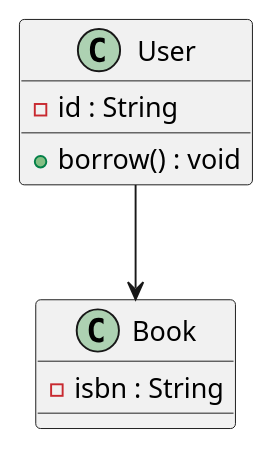
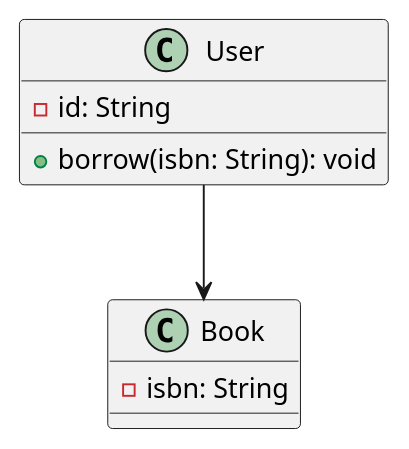
The first of 4 diagrams in README.md (Betty-178/plantuml-to-mdj), drawn with PlantUML before and after one commit. The commit also changed other lines of this file and 3 other files, not shown here.

Commit message:
feat: add sequence diagram support

````diff
--- a/README.md
+++ b/README.md
@@ -97,16 +66,14 @@
 ```plantuml
 @startuml
-
 class User {
-  - id : String
-  + borrow() : void
+  - id: String
+  + borrow(isbn: String): void
 }
 
 class Book {
-  - isbn : String
+  - isbn: String
 }
 
 User --> Book
-
 @enduml
 ```
````
